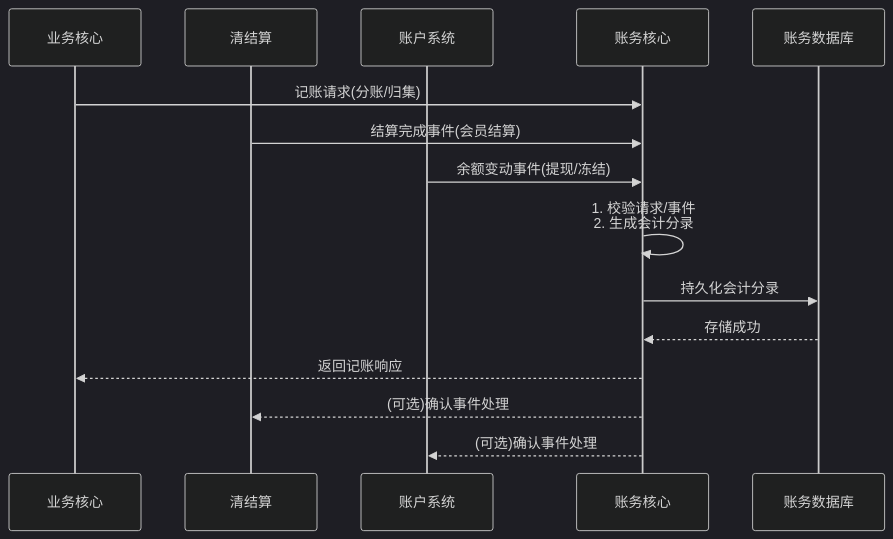
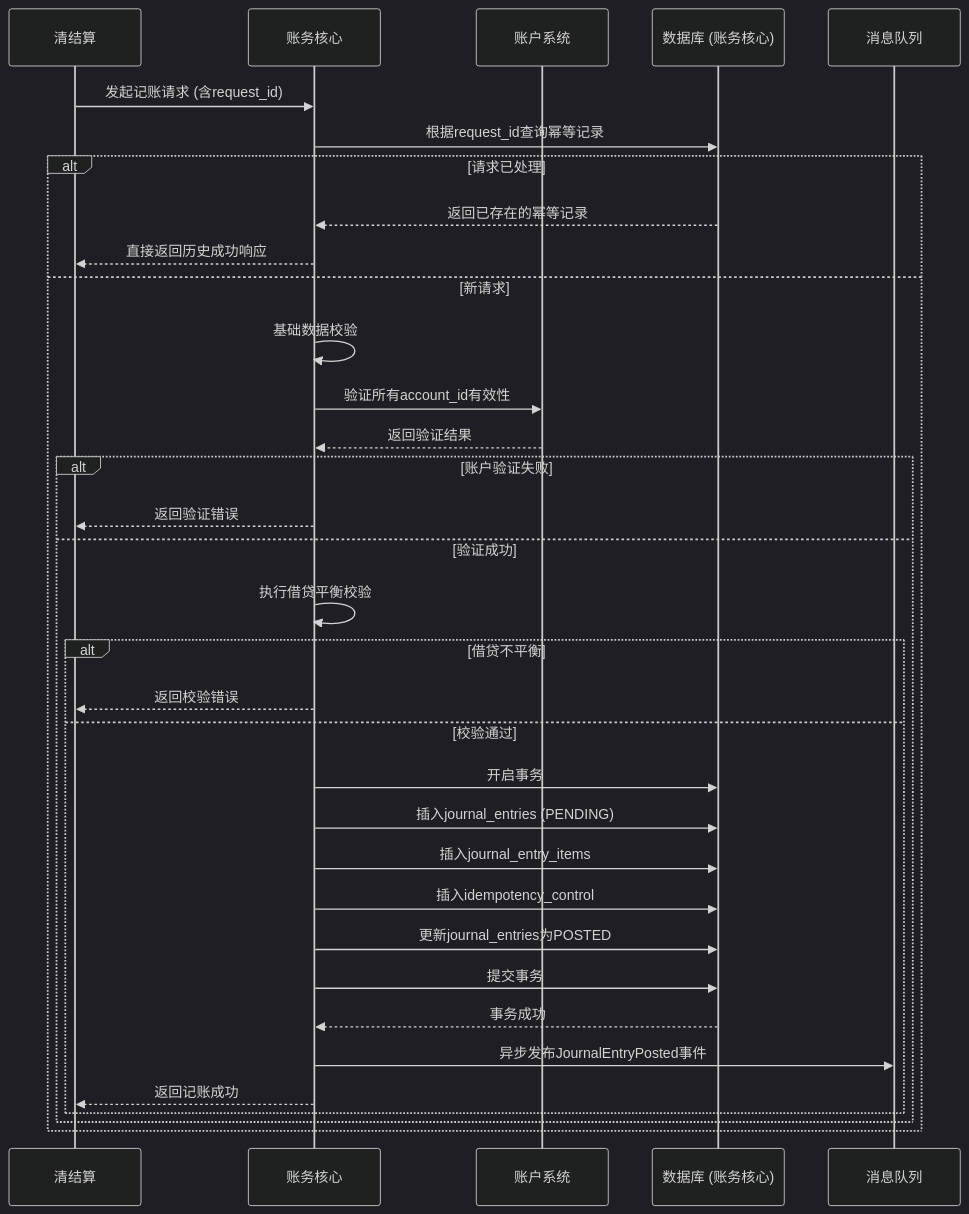
One commit to youzi211/AiCoding changed the diagram in data/天财分账需求/gpt-5.2/workspace/02_modules/module_账务核心.md. Above: the diagram before and after it, drawn with Mermaid (dark theme). The commit also changed other lines of this file and 41 other files, not shown here.

````diff
--- a/data/天财分账需求/gpt-5.2/workspace/02_modules/module_账务核心.md
+++ b/data/天财分账需求/gpt-5.2/workspace/02_modules/module_账务核心.md
@@ -46,19 +126,37 @@
 ```mermaid
 sequenceDiagram
-    participant 业务核心 as 业务核心
-    participant 清结算 as 清结算
-    participant 账户系统 as 账户系统
-    participant 账务核心 as 账务核心
-    participant 账务DB as 账务数据库
+    participant 上游 as 清结算
+    participant 账务核心
+    participant 账户系统
+    participant DB as 数据库 (账务核心)
+    participant MQ as 消息队列
 
-    业务核心->>账务核心: 记账请求(分账/归集)
-    清结算->>账务核心: 结算完成事件(会员结算)
-    账户系统->>账务核心: 余额变动事件(提现/冻结)
-
-    账务核心->>账务核心: 1. 校验请求/事件<br>2. 生成会计分录
-    账务核心->>账务DB: 持久化会计分录
-    账务DB-->>账务核心: 存储成功
-    账务核心-->>业务核心: 返回记账响应
-    账务核心-->>清结算: (可选)确认事件处理
-    账务核心-->>账户系统: (可选)确认事件处理
+    上游->>账务核心: 发起记账请求 (含request_id)
+    账务核心->>DB: 根据request_id查询幂等记录
+    alt 请求已处理
+        DB-->>账务核心: 返回已存在的幂等记录
+        账务核心-->>上游: 直接返回历史成功响应
+    else 新请求
+        账务核心->>账务核心: 基础数据校验
+        账务核心->>账户系统: 验证所有account_id有效性
+        账户系统-->>账务核心: 返回验证结果
+        alt 账户验证失败
+            账务核心-->>上游: 返回验证错误
+        else 验证成功
+            账务核心->>账务核心: 执行借贷平衡校验
+            alt 借贷不平衡
+                账务核心-->>上游: 返回校验错误
+            else 校验通过
+                账务核心->>DB: 开启事务
+                账务核心->>DB: 插入journal_entries (PENDING)
+                账务核心->>DB: 插入journal_entry_items
+                账务核心->>DB: 插入idempotency_control
+                账务核心->>DB: 更新journal_entries为POSTED
+                账务核心->>DB: 提交事务
+                DB-->>账务核心: 事务成功
+                账务核心->>MQ: 异步发布JournalEntryPosted事件
+                账务核心-->>上游: 返回记账成功
+            end
+        end
+    end
 ```
````
